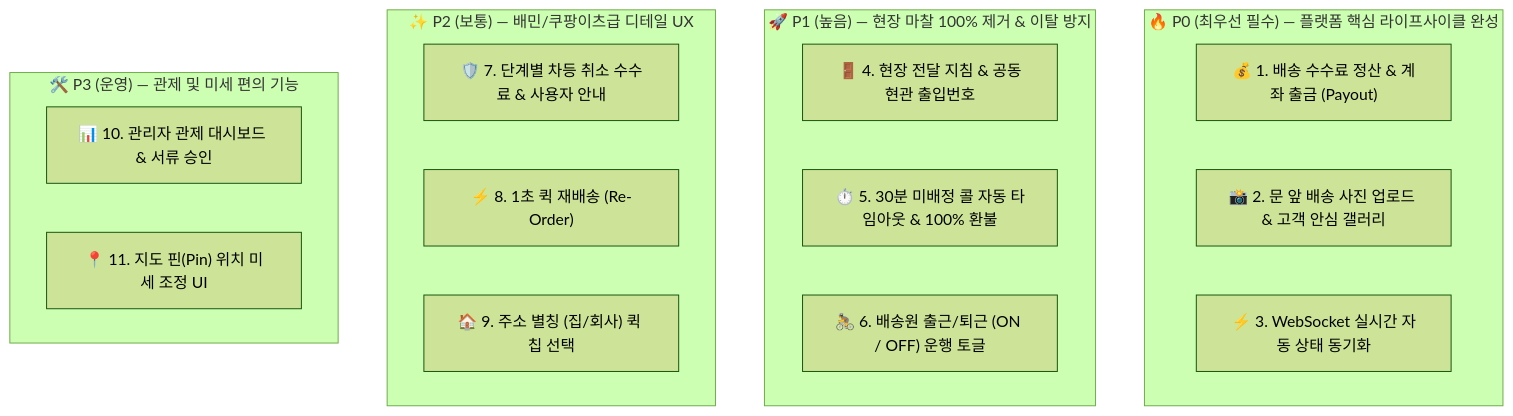
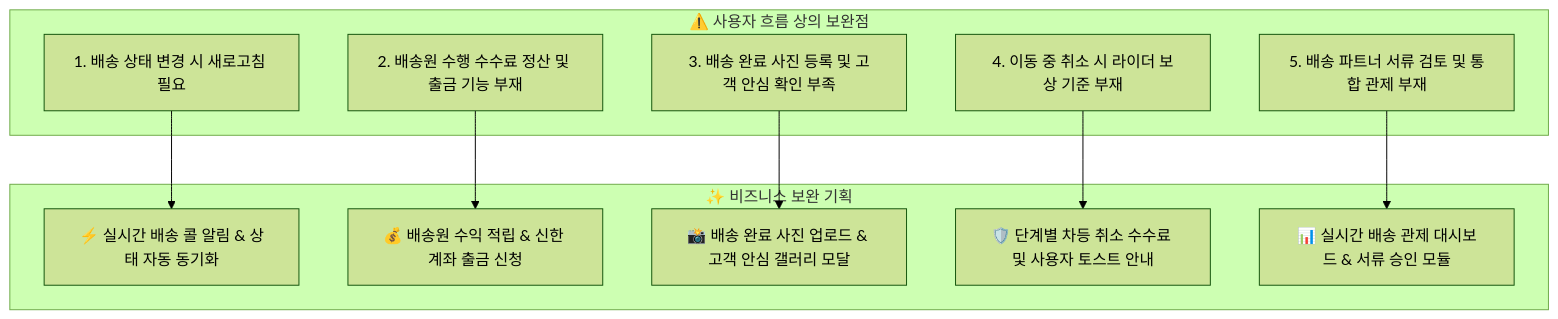
The first of 2 diagrams in docs/architecture/프로덕트-고도화-및-유저플로우-보완-기획서.md (ShinhanDSProject/shinhan-delivery), drawn with Mermaid (forest theme) before and after one commit. The commit also changed other lines of this file, not shown here.

````diff
--- a/docs/architecture/프로덕트-고도화-및-유저플로우-보완-기획서.md
+++ b/docs/architecture/프로덕트-고도화-및-유저플로우-보완-기획서.md
@@ -26,25 +32,24 @@
 ```mermaid
-graph TD
-    subgraph P0 ["🔥 P0 (최우선 필수) — 플랫폼 핵심 라이프사이클 완성"]
-        P0_1["💰 1. 배송 수수료 정산 & 계좌 출금 (Payout)"]
-        P0_2["📸 2. 문 앞 배송 사진 업로드 & 고객 안심 갤러리"]
-        P0_3["⚡ 3. WebSocket 실시간 자동 상태 동기화"]
+flowchart TD
+    subgraph CurrentGaps ["⚠️ 사용자 흐름 상의 보완점"]
+        G1["1. 배송 상태 변경 시 새로고침 필요"]
+        G2["2. 배송원 수행 수수료 정산 및 출금 기능 부재"]
+        G3["3. 배송 완료 사진 등록 및 고객 안심 확인 부족"]
+        G4["4. 이동 중 취소 시 라이더 보상 기준 부재"]
+        G5["5. 배송 파트너 서류 검토 및 통합 관제 부재"]
     end
 
-    subgraph P1 ["🚀 P1 (높음) — 현장 마찰 100% 제거 & 이탈 방지"]
-        P1_1["🚪 4. 현장 전달 지침 & 공동현관 출입번호"]
-        P1_2["⏱️ 5. 30분 미배정 콜 자동 타임아웃 & 100% 환불"]
-        P1_3["🚴 6. 배송원 출근/퇴근 (ON / OFF) 운행 토글"]
+    subgraph Solutions ["✨ 비즈니스 보완 기획"]
+        S1["⚡ 실시간 배송 콜 알림 & 상태 자동 동기화"]
+        S2["💰 배송원 수익 적립 & 신한 계좌 출금 신청"]
+        S3["📸 배송 완료 사진 업로드 & 고객 안심 갤러리 모달"]
+        S4["🛡️ 단계별 차등 취소 수수료 및 사용자 토스트 안내"]
+        S5["📊 실시간 배송 관제 대시보드 & 서류 승인 모듈"]
     end
 
-    subgraph P2 ["✨ P2 (보통) — 배민/쿠팡이츠급 디테일 UX"]
-        P2_1["🛡️ 7. 단계별 차등 취소 수수료 & 사용자 안내"]
-        P2_2["⚡ 8. 1초 퀵 재배송 (Re-Order)"]
-        P2_3["🏠 9. 주소 별칭 (집/회사) 퀵 칩 선택"]
-    end
-
-    subgraph P3 ["🛠️ P3 (운영) — 관제 및 미세 편의 기능"]
-        P3_1["📊 10. 관리자 관제 대시보드 & 서류 승인"]
-        P3_2["📍 11. 지도 핀(Pin) 위치 미세 조정 UI"]
-    end
+    G1 --> S1
+    G2 --> S2
+    G3 --> S3
+    G4 --> S4
+    G5 --> S5
 ```
````
